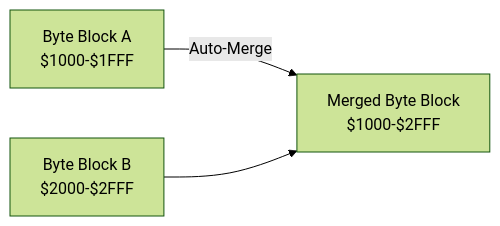
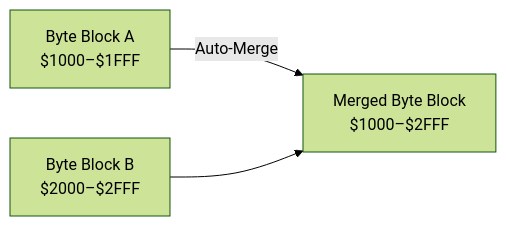
Before and after one commit to ricardoquesada/regenerator2000: the first of 2 diagrams in docs/blocks.md, drawn with Mermaid (forest theme). The commit also changed other lines of this file and 28 other files, not shown here.

````diff
--- a/docs/blocks.md
+++ b/docs/blocks.md
@@ -701,5 +432,8 @@
 ```mermaid
 graph LR
-    A[Byte Block A <br/> $1000-$1FFF] -->|Auto-Merge| M[Merged Byte Block <br/> $1000-$2FFF]
-    B[Byte Block B <br/> $2000-$2FFF] --> M
+    A["`Byte Block A
+    $1000–$1FFF`"] -->|Auto-Merge| M["`Merged Byte Block
+    $1000–$2FFF`"]
+    B["`Byte Block B
+    $2000–$2FFF`"] --> M
 ```
````
